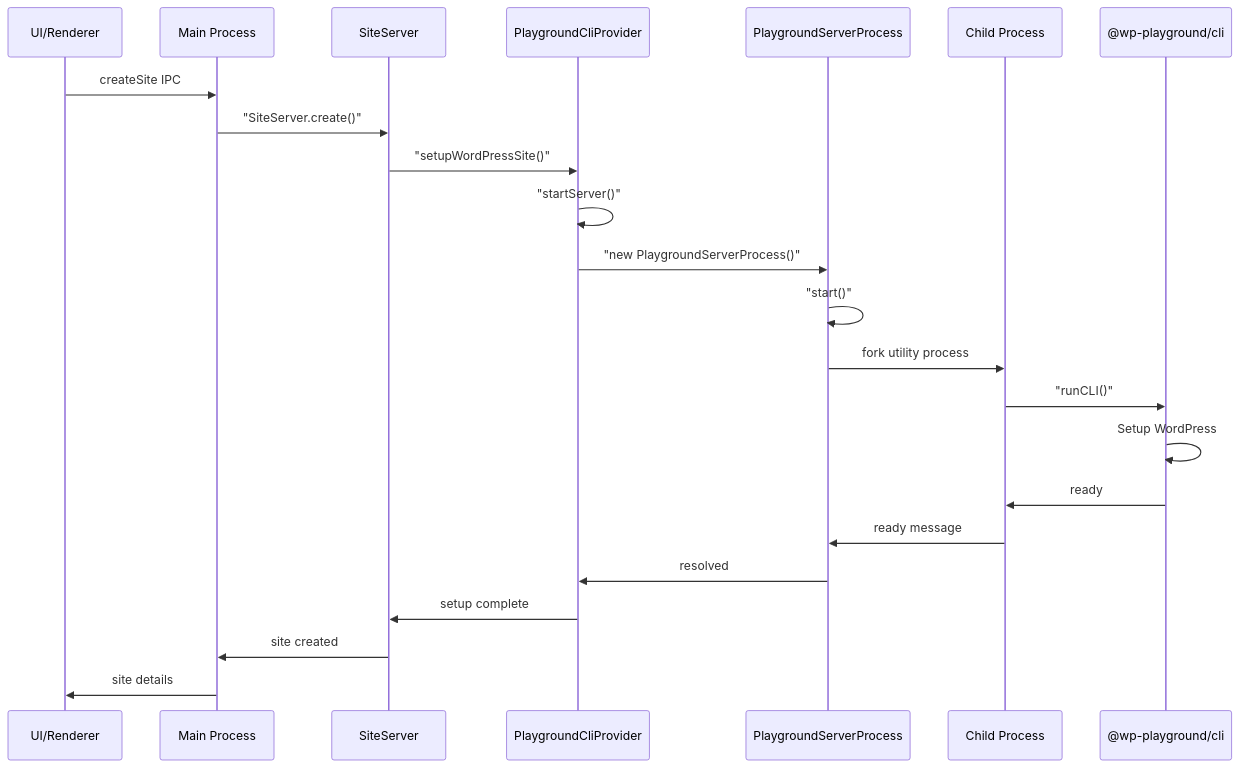
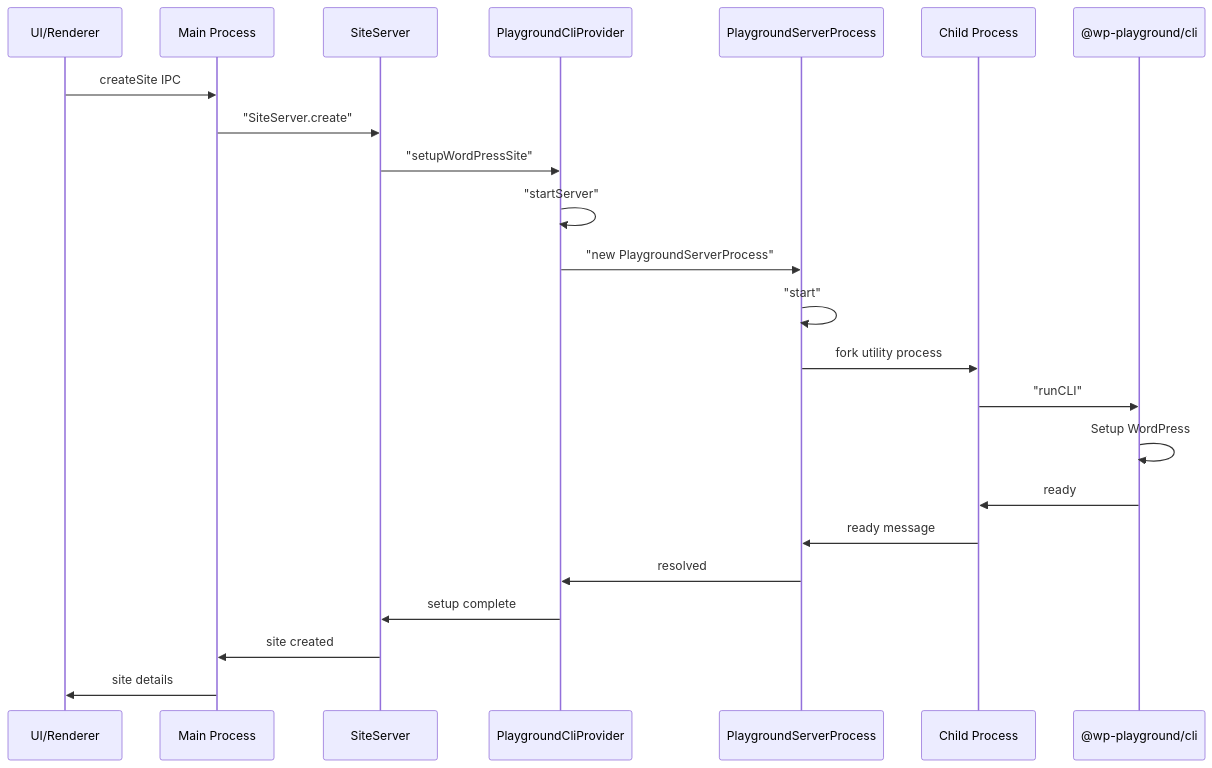
One commit to Automattic/studio changed the third of 3 diagrams in src/lib/wordpress-provider/playground-cli/README.md. Above: the diagram before and after it, drawn with Mermaid.

Commit message:
add readme to playground cli provider

````diff
--- a/src/lib/wordpress-provider/playground-cli/README.md
+++ b/src/lib/wordpress-provider/playground-cli/README.md
@@ -170,26 +170,26 @@
 ```mermaid
 sequenceDiagram
     participant UI as UI/Renderer
     participant Main as Main Process
     participant Server as SiteServer
     participant Provider as PlaygroundCliProvider
     participant Process as PlaygroundServerProcess
     participant Child as Child Process
     participant CLI as @wp-playground/cli
 
     UI->>Main: createSite IPC
-    Main->>Server: "SiteServer.create()"
-    Server->>Provider: "setupWordPressSite()"
-    Provider->>Provider: "startServer()"
-    Provider->>Process: "new PlaygroundServerProcess()"
-    Process->>Process: "start()"
+    Main->>Server: "SiteServer.create"
+    Server->>Provider: "setupWordPressSite"
+    Provider->>Provider: "startServer"
+    Provider->>Process: "new PlaygroundServerProcess"
+    Process->>Process: "start"
     Process->>Child: fork utility process
-    Child->>CLI: "runCLI()"
+    Child->>CLI: "runCLI"
     CLI->>CLI: Setup WordPress
     CLI->>Child: ready
     Child->>Process: ready message
     Process->>Provider: resolved
     Provider->>Server: setup complete
     Server->>Main: site created
     Main->>UI: site details
 ```
````
